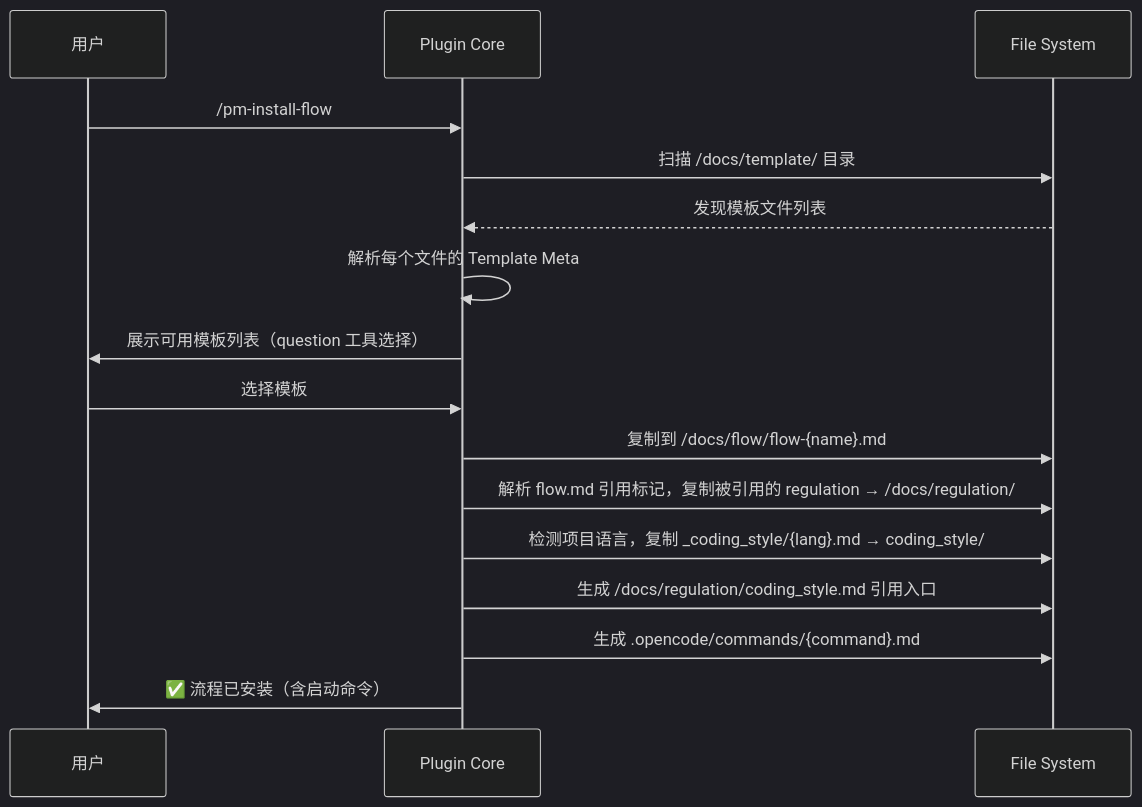
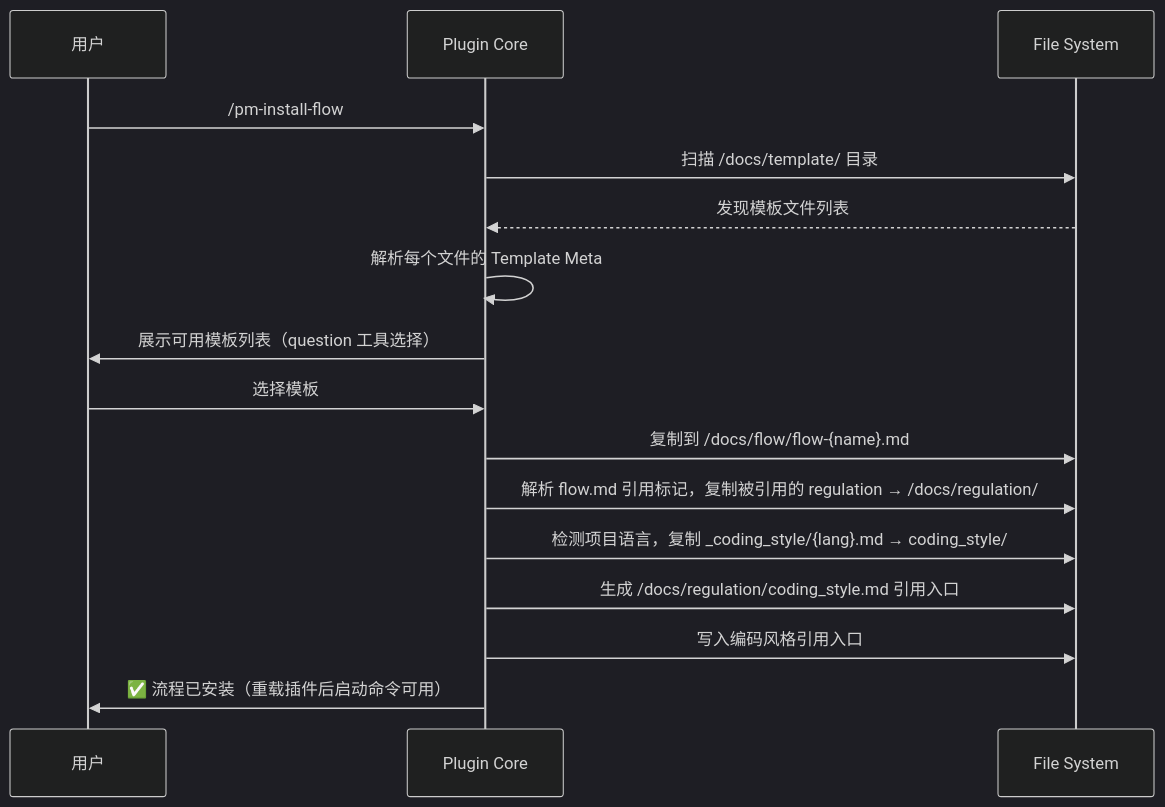
One commit to hank-cp/opencode-vibe-pm changed the first of 3 diagrams in docs/spec/vibe-pm-template-manager.md. Above: the diagram before and after it, drawn with Mermaid (dark theme). The commit also changed other lines of this file and 8 other files, not shown here.

First line of the commit message:
feat(pm-install-flow): 新增 all 子命令，批量安装全部内置 flow

````diff
--- a/docs/spec/vibe-pm-template-manager.md
+++ b/docs/spec/vibe-pm-template-manager.md
@@ -52,19 +52,19 @@
 ```mermaid
 sequenceDiagram
     participant User as 用户
     participant Core as Plugin Core
     participant FS as File System
 
     User->>Core: /pm-install-flow
     Core->>FS: 扫描 /docs/template/ 目录
     FS-->>Core: 发现模板文件列表
     Core->>Core: 解析每个文件的 Template Meta
     Core->>User: 展示可用模板列表（question 工具选择）
     User->>Core: 选择模板
     Core->>FS: 复制到 /docs/flow/flow-{name}.md
     Core->>FS: 解析 flow.md 引用标记，复制被引用的 regulation → /docs/regulation/
     Core->>FS: 检测项目语言，复制 _coding_style/{lang}.md → coding_style/
     Core->>FS: 生成 /docs/regulation/coding_style.md 引用入口
-    Core->>FS: 生成 .opencode/commands/{command}.md
-    Core->>User: ✅ 流程已安装（含启动命令）
+    Core->>FS: 写入编码风格引用入口
+    Core->>User: ✅ 流程已安装（重载插件后启动命令可用）
 ```
````
